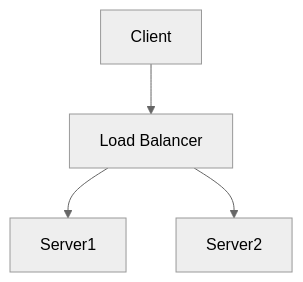
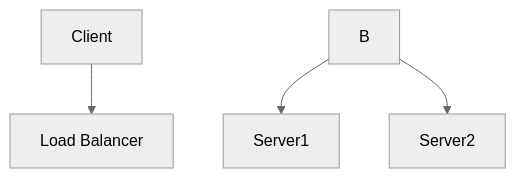
The first of 2 diagrams in content/posts/diagram-support.md (parthkhare/VRS-Eu), drawn with Mermaid (neutral theme) before and after one commit. The commit also changed other lines of this file and 2 other files, not shown here.

```diff
--- a/content/posts/diagram-support.md
+++ b/content/posts/diagram-support.md
@@ -27,6 +27,6 @@
 <div class="mermaid">
   graph TD
-  A[Client] --> B[Load Balancer]
+  NOAA[Client] --> EOD[Load Balancer]
   B --> C[Server1]
   B --> D[Server2]
 </div>
```
